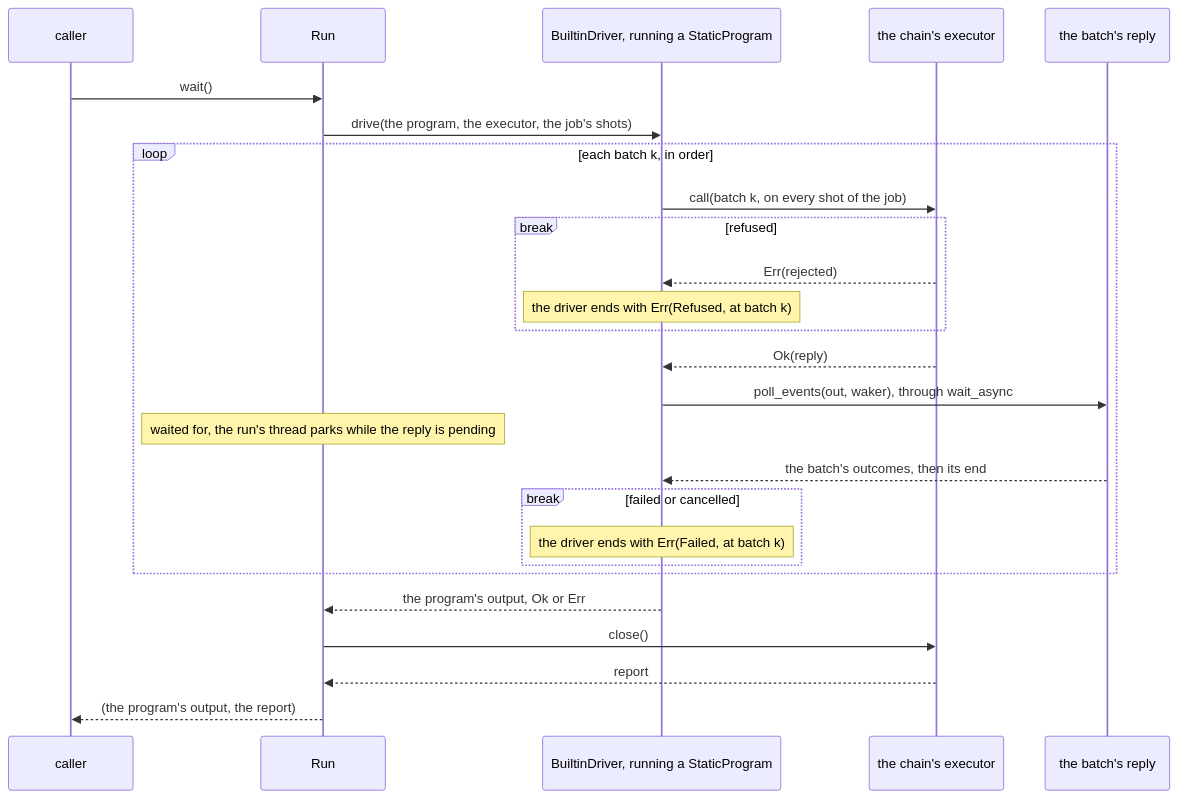
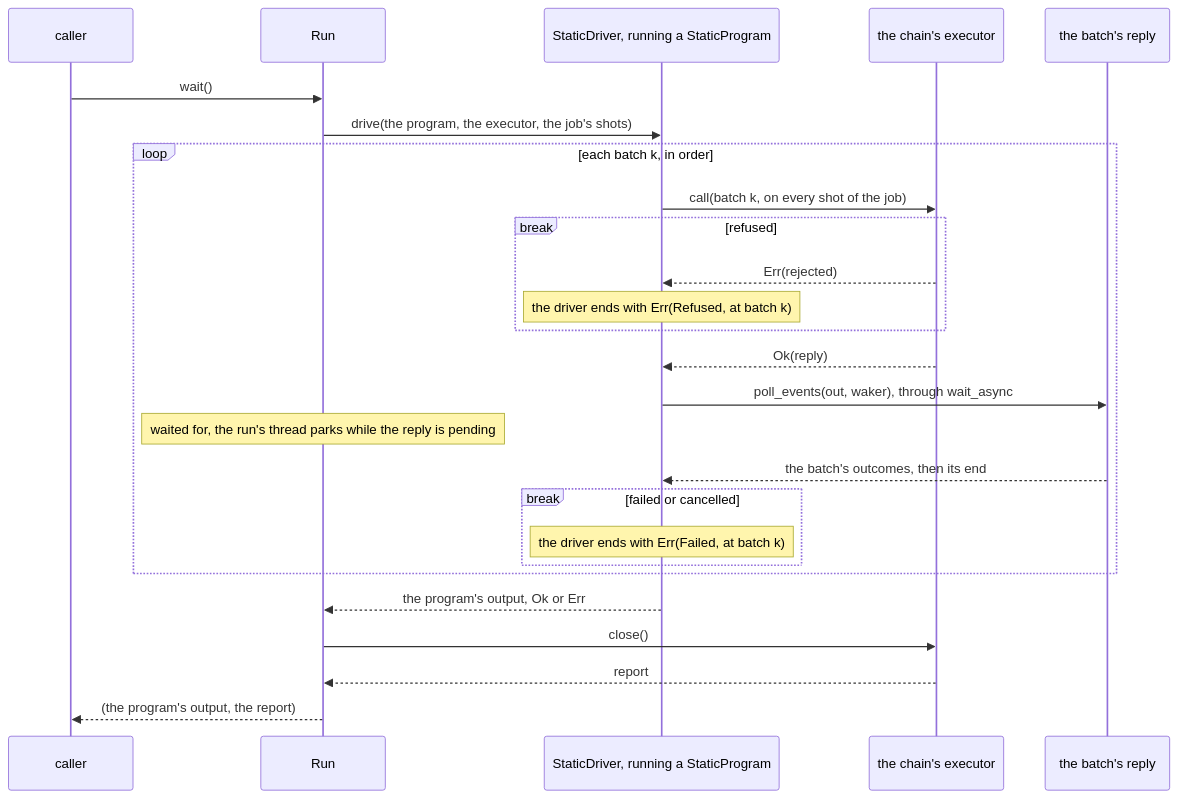
One commit to microsoft/qdk changed the third of 4 diagrams in source/executor_protocol/docs/facilities.md. Above: the diagram before and after it, drawn with Mermaid. The commit also changed other lines of this file and 41 other files, not shown here.

````diff
--- a/source/executor_protocol/docs/facilities.md
+++ b/source/executor_protocol/docs/facilities.md
@@ -232,28 +232,28 @@
 ```mermaid
 sequenceDiagram
   participant T as caller
   participant R as Run
-  participant D as BuiltinDriver, running a StaticProgram
+  participant D as StaticDriver, running a StaticProgram
   participant E as the chain's executor
   participant Y as the batch's reply
   T->>R: wait()
   R->>D: drive(the program, the executor, the job's shots)
   loop each batch k, in order
     D->>E: call(batch k, on every shot of the job)
     break refused
       E-->>D: Err(rejected)
       Note over D: the driver ends with Err(Refused, at batch k)
     end
     E-->>D: Ok(reply)
     D->>Y: poll_events(out, waker), through wait_async
     Note over R: waited for, the run's thread parks while the reply is pending
     Y-->>D: the batch's outcomes, then its end
     break failed or cancelled
       Note over D: the driver ends with Err(Failed, at batch k)
     end
   end
   D-->>R: the program's output, Ok or Err
   R->>E: close()
   E-->>R: report
   R-->>T: (the program's output, the report)
 ```
````
